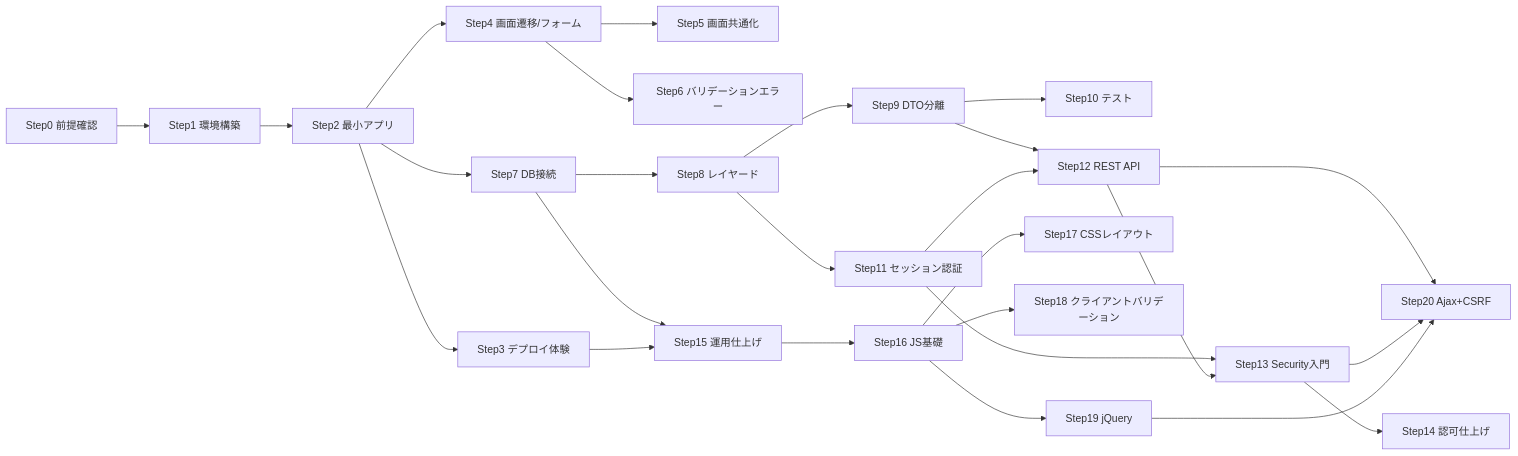
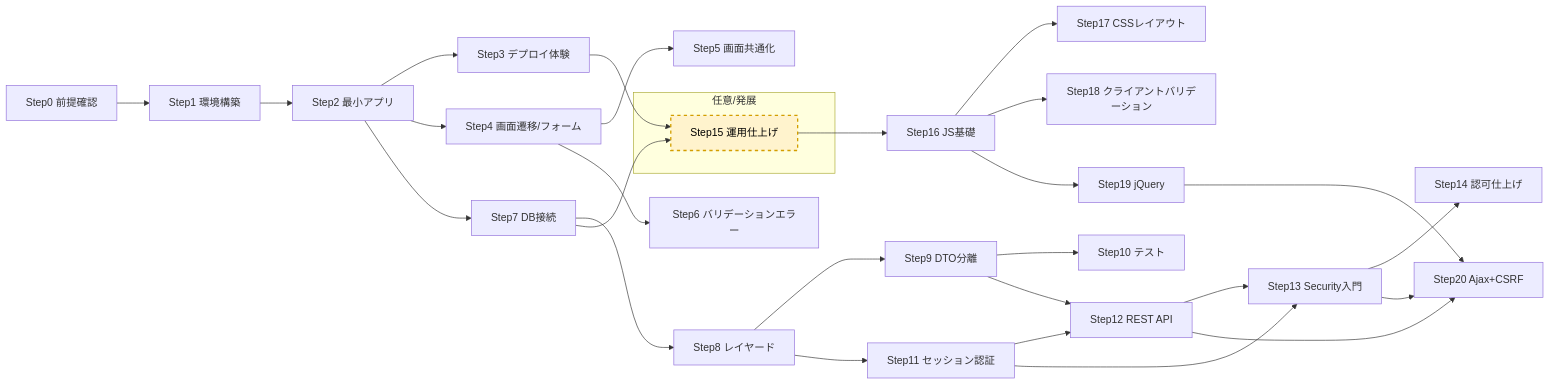
The diagram in references/curriculum-template.md (AsamiShingo/learning-springboot), drawn with Mermaid before and after one commit. The commit also changed other lines of this file and 1 other file, not shown here.

````diff
--- a/references/curriculum-template.md
+++ b/references/curriculum-template.md
@@ -23,28 +33,35 @@
 ```mermaid
 graph LR
   S0[Step0 前提確認] --> S1[Step1 環境構築]
   S1 --> S2[Step2 最小アプリ]
   S2 --> S3[Step3 デプロイ体験]
   S2 --> S4[Step4 画面遷移/フォーム]
   S4 --> S5[Step5 画面共通化]
   S4 --> S6[Step6 バリデーションエラー]
   S2 --> S7[Step7 DB接続]
   S7 --> S8[Step8 レイヤード]
   S8 --> S9[Step9 DTO分離]
   S9 --> S10[Step10 テスト]
   S8 --> S11[Step11 セッション認証]
   S9 --> S12[Step12 REST API]
   S11 --> S12
   S11 --> S13[Step13 Security入門]
   S12 --> S13
   S13 --> S14[Step14 認可仕上げ]
   S7 --> S15[Step15 運用仕上げ]
   S3 --> S15
   S15 --> S16[Step16 JS基礎]
   S16 --> S17[Step17 CSSレイアウト]
   S16 --> S18[Step18 クライアントバリデーション]
   S16 --> S19[Step19 jQuery]
   S12 --> S20[Step20 Ajax+CSRF]
   S13 --> S20
   S19 --> S20
+
+  subgraph 任意発展["任意/発展"]
+    S15
+  end
+
+  classDef optional fill:#fff3cd,stroke:#d39e00,stroke-width:2px,stroke-dasharray: 5 5,color:#000;
+  class S15 optional;
 ```
````
